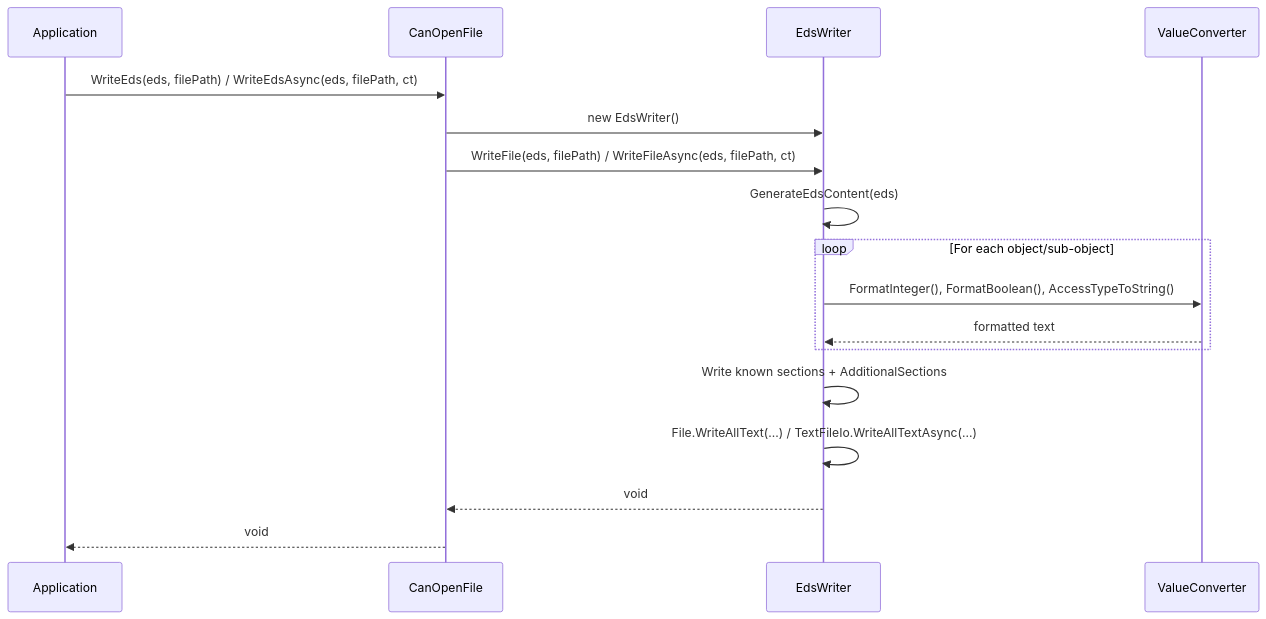
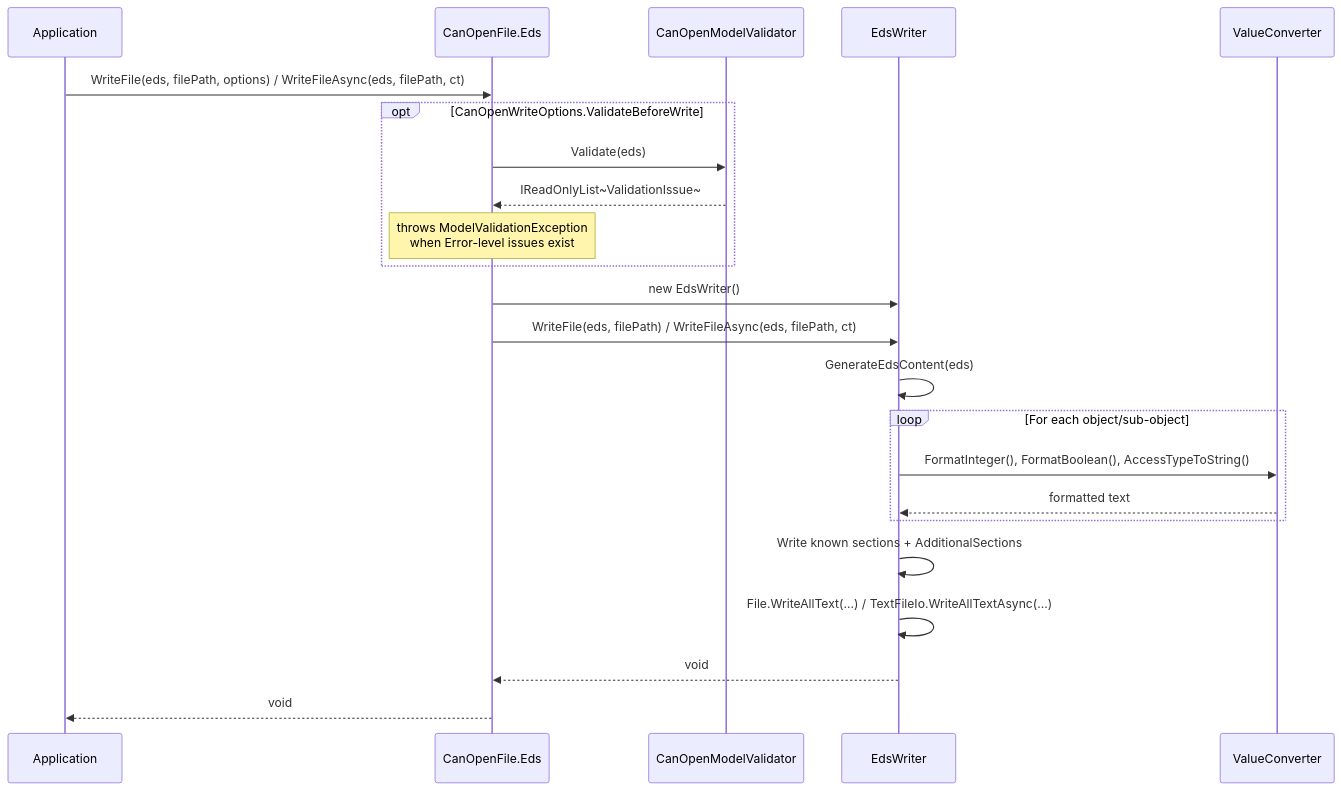
One commit to dborgards/eds-dcf-net changed the fourth of 9 diagrams in docs/architecture/06-runtime-view.md. Above: the diagram before and after it, drawn with Mermaid. The commit also changed other lines of this file and 7 other files, not shown here.

First line of the commit message:
docs: align architecture docs, remarks, examples, README with 1.13 surface (#547)

````diff
--- a/docs/architecture/06-runtime-view.md
+++ b/docs/architecture/06-runtime-view.md
@@ -53,22 +85,28 @@
 ```mermaid
 sequenceDiagram
     participant App as Application
-    participant CF as CanOpenFile
+    participant CF as CanOpenFile.Eds
+    participant V as CanOpenModelValidator
     participant EW as EdsWriter
     participant VC as ValueConverter
 
-    App->>CF: WriteEds(eds, filePath) / WriteEdsAsync(eds, filePath, ct)
+    App->>CF: WriteFile(eds, filePath, options) / WriteFileAsync(eds, filePath, ct)
+    opt CanOpenWriteOptions.ValidateBeforeWrite
+        CF->>V: Validate(eds)
+        V-->>CF: IReadOnlyList~ValidationIssue~
+        note over CF: throws ModelValidationException<br/>when Error-level issues exist
+    end
     CF->>EW: new EdsWriter()
     CF->>EW: WriteFile(eds, filePath) / WriteFileAsync(eds, filePath, ct)
     EW->>EW: GenerateEdsContent(eds)
 
     loop For each object/sub-object
         EW->>VC: FormatInteger(), FormatBoolean(), AccessTypeToString()
         VC-->>EW: formatted text
     end
 
     EW->>EW: Write known sections + AdditionalSections
     EW->>EW: File.WriteAllText(...) / TextFileIo.WriteAllTextAsync(...)
     EW-->>CF: void
     CF-->>App: void
 ```
````
